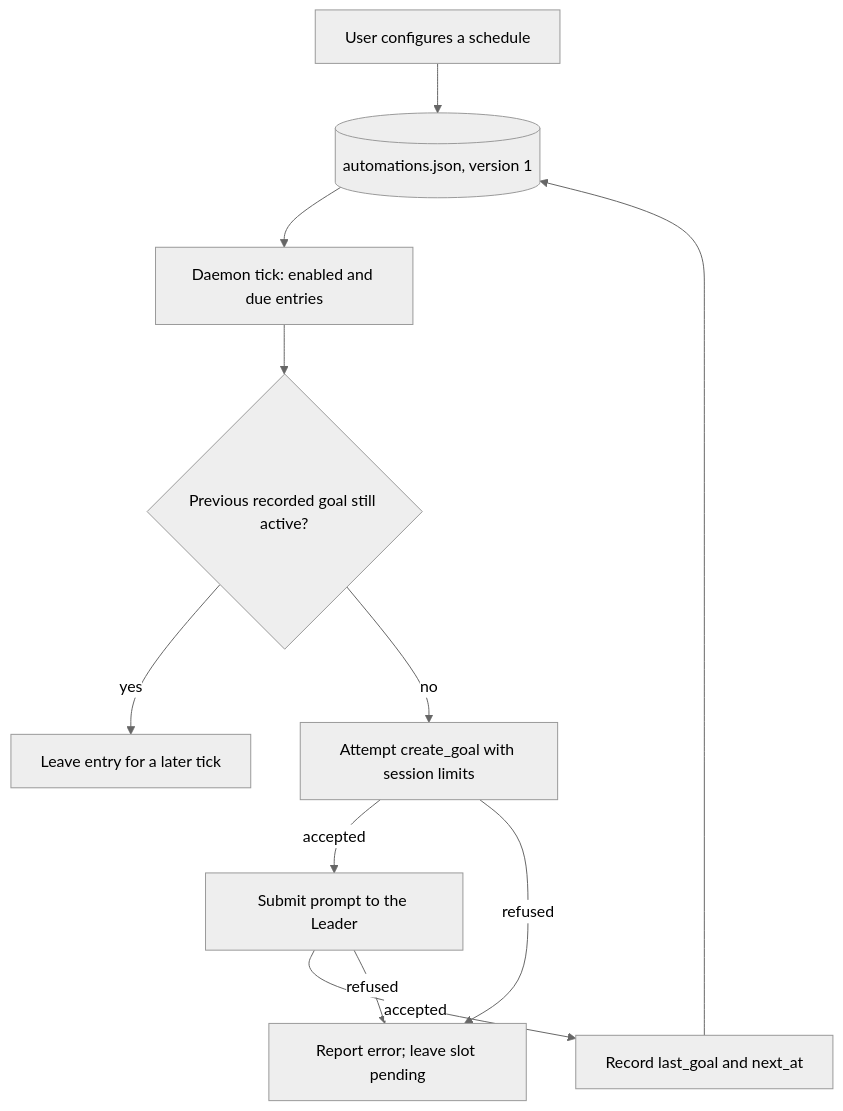
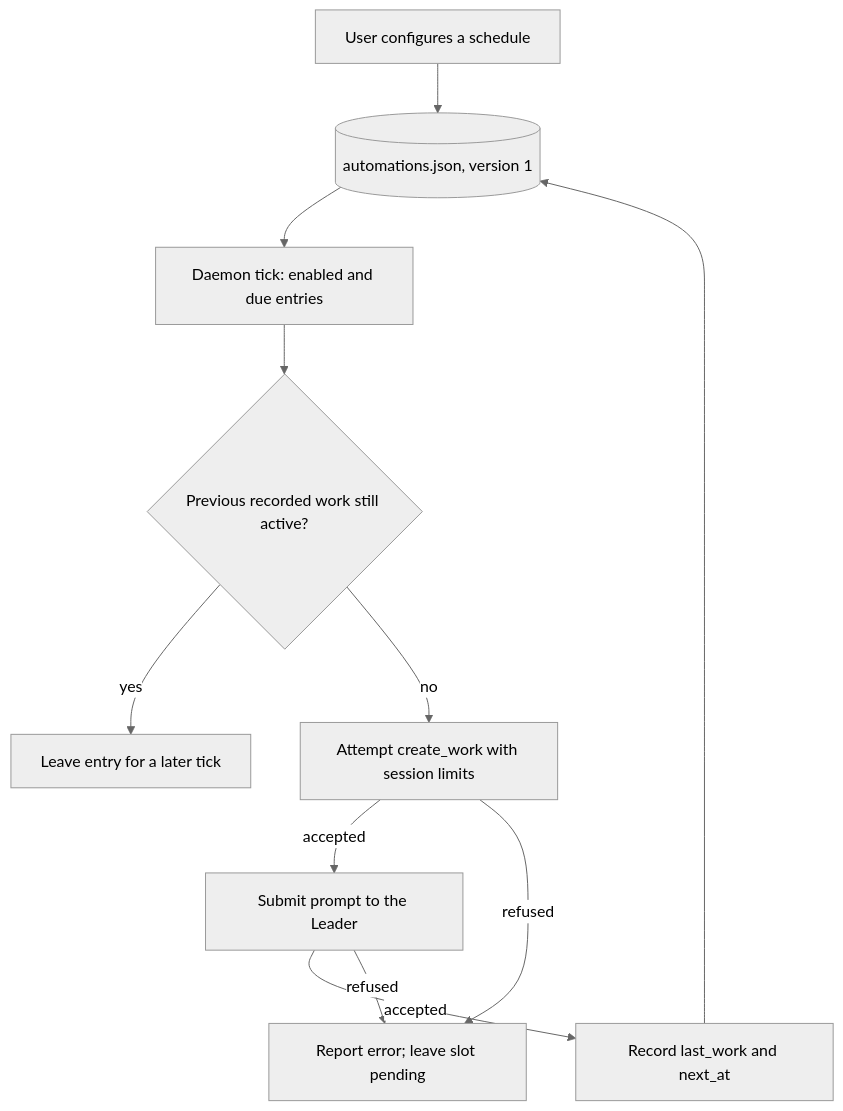
One commit to seek-hope/TeamAgents changed diagram 31 of 35 in docs/ARCHITECTURE.md. Above: the diagram before and after it, drawn with Mermaid (neutral theme). The commit also changed other lines of this file and 177 other files, not shown here.

Commit message:
Remove goal entity and migrate to work scopes

````diff
--- a/docs/ARCHITECTURE.md
+++ b/docs/ARCHITECTURE.md
@@ -1184,15 +1184,15 @@
 ```mermaid
 flowchart TB
     accTitle: Configured automation dispatch
-    accDescr: A persisted schedule is checked on daemon ticks. Eligible entries request goal creation and submit input through the usual control plane, then record the next slot; these are separate commits.
+    accDescr: A persisted schedule is checked on daemon ticks. Eligible entries request work creation and submit input through the usual control plane, then record the next slot; these are separate commits.
     user["User configures a schedule"] --> file[("automations.json, version 1")]
     file --> tick["Daemon tick: enabled and due entries"]
-    tick --> running{"Previous recorded goal still active?"}
+    tick --> running{"Previous recorded work still active?"}
     running -->|"yes"| later["Leave entry for a later tick"]
-    running -->|"no"| goal["Attempt create_goal with session limits"]
-    goal -->|"accepted"| input["Submit prompt to the Leader"]
-    goal -->|"refused"| error["Report error; leave slot pending"]
-    input -->|"accepted"| mark["Record last_goal and next_at"]
+    running -->|"no"| work["Attempt create_work with session limits"]
+    work -->|"accepted"| input["Submit prompt to the Leader"]
+    work -->|"refused"| error["Report error; leave slot pending"]
+    input -->|"accepted"| mark["Record last_work and next_at"]
     input -->|"refused"| error
     mark --> file
 ```
````
